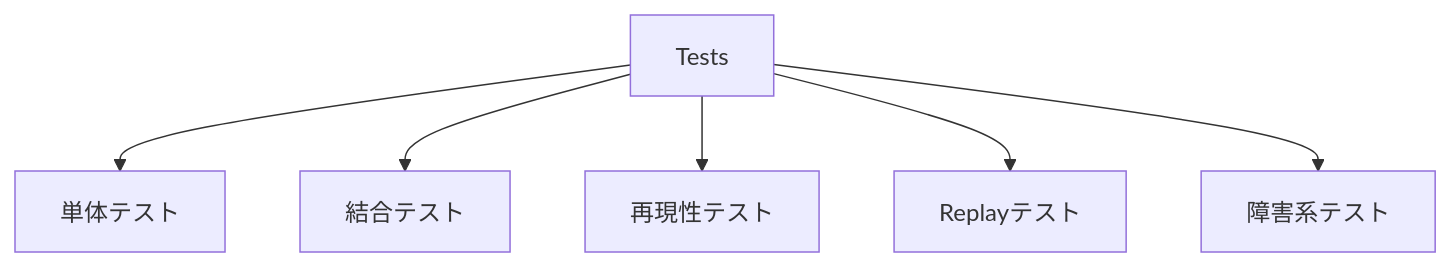
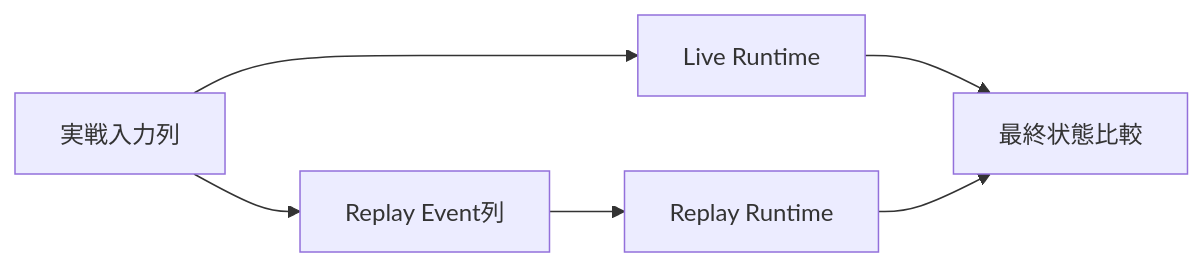
The diagram in design/programming/test/test_design.md (ReHydrangeaOdyssey/Specifications), drawn with Mermaid before and after one commit. The commit also changed other lines of this file and 35 other files, not shown here.

````diff
--- a/design/programming/test/test_design.md
+++ b/design/programming/test/test_design.md
@@ -11,15 +164,8 @@
 ```mermaid
-flowchart TD
-    Tests[Tests]
-    Unit[単体テスト]
-    Integration[結合テスト]
-    Repro[再現性テスト]
-    Replay[Replayテスト]
-    Failure[障害系テスト]
-
-    Tests --> Unit
-    Tests --> Integration
-    Tests --> Repro
-    Tests --> Replay
-    Tests --> Failure
+flowchart LR
+    Live[実戦入力列] --> Runtime1[Live Runtime]
+    Live --> ReplayLog[Replay Event列]
+    ReplayLog --> Runtime2[Replay Runtime]
+    Runtime1 --> Compare[最終状態比較]
+    Runtime2 --> Compare
 ```
````
